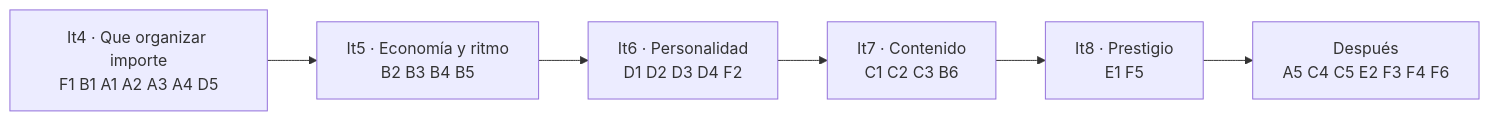
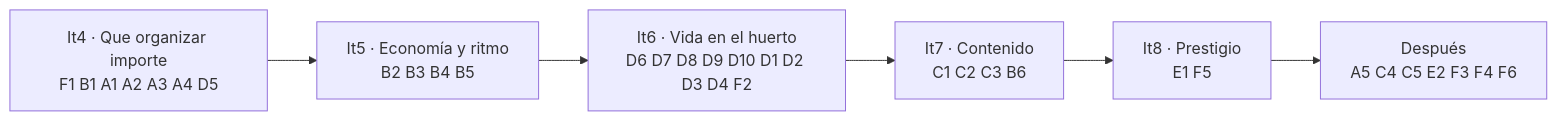
Before and after one commit to MRspookyman/TinyHarvest: the diagram in PLAN.md, drawn with Mermaid. The commit also changed other lines of this file and 17 other files, not shown here.

Commit message:
Iteración 5: cultivos con ventajas y costes, casa de gnomos, nodos nuevos, ritmo de ~1 h; backlog de vida en el huerto

````diff
--- a/PLAN.md
+++ b/PLAN.md
@@ -442,8 +492,8 @@
 ```mermaid
 flowchart LR
   I4["It4 · Que organizar importe<br/>F1 B1 A1 A2 A3 A4 D5"] --> I5["It5 · Economía y ritmo<br/>B2 B3 B4 B5"]
-  I5 --> I6["It6 · Personalidad<br/>D1 D2 D3 D4 F2"]
+  I5 --> I6["It6 · Vida en el huerto<br/>D6 D7 D8 D9 D10 D1 D2 D3 D4 F2"]
   I6 --> I7["It7 · Contenido<br/>C1 C2 C3 B6"]
   I7 --> I8["It8 · Prestigio<br/>E1 F5"]
   I8 --> L["Después<br/>A5 C4 C5 E2 F3 F4 F6"]
 ```
````
